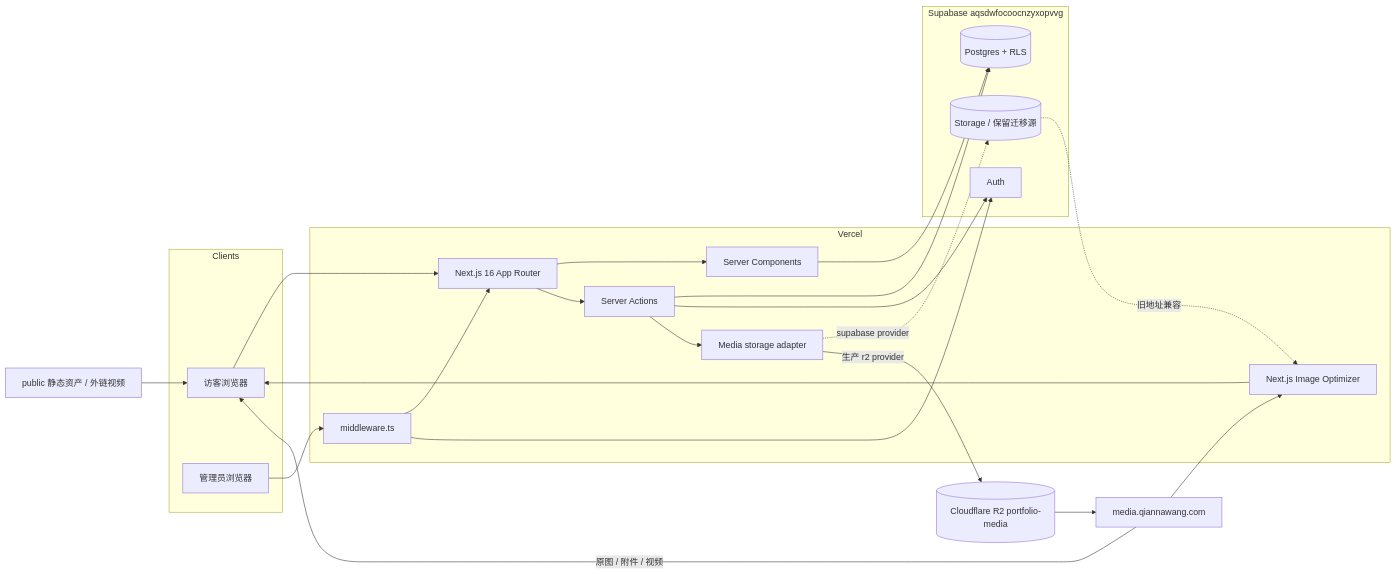
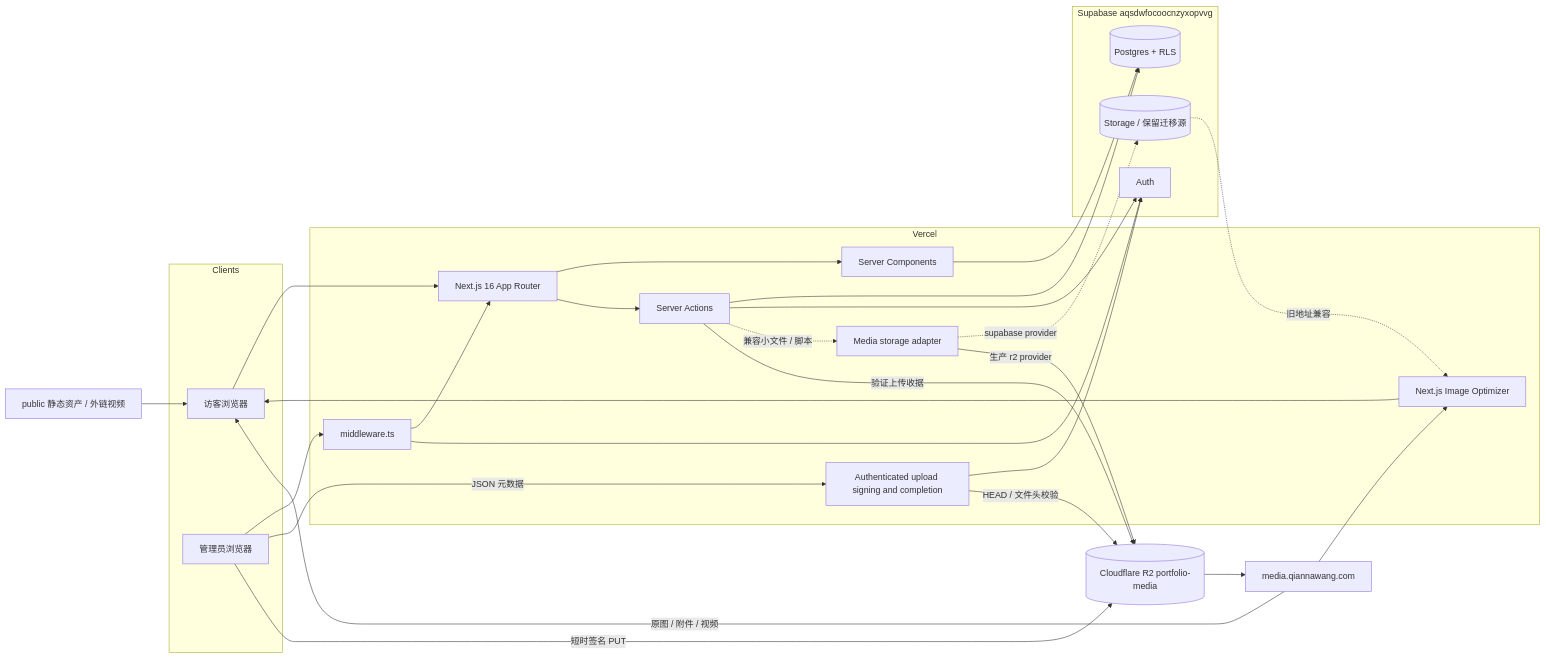
One commit to 24205345/qianna-website changed the diagram in docs/architecture.md. Above: the diagram before and after it, drawn with Mermaid. The commit also changed other lines of this file and 80 other files, not shown here.

````diff
--- a/docs/architecture.md
+++ b/docs/architecture.md
@@ -14,43 +14,49 @@
 ```mermaid
 flowchart LR
   subgraph clients [Clients]
     Visitor[访客浏览器]
     Admin[管理员浏览器]
   end
 
   subgraph vercel [Vercel]
     Next[Next.js 16 App Router]
     MW[middleware.ts]
     SA[Server Actions]
     RSC[Server Components]
     Adapter[Media storage adapter]
+    UploadAPI[Authenticated upload signing and completion]
     Optimizer[Next.js Image Optimizer]
   end
 
   subgraph supabase [Supabase aqsdwfocoocnzyxopvvg]
     PG[(Postgres + RLS)]
     Auth[Auth]
     Storage[(Storage / 保留迁移源)]
   end
 
   R2[(Cloudflare R2 portfolio-media)]
   Domain[media.qiannawang.com]
   Static[public 静态资产 / 外链视频]
 
   Visitor --> Next
   Admin --> MW --> Next
   Next --> RSC
   Next --> SA
   RSC --> PG
   SA --> PG
   SA --> Auth
-  SA --> Adapter
+  SA -.->|兼容小文件 / 脚本| Adapter
+  Admin -->|JSON 元数据| UploadAPI
+  UploadAPI --> Auth
+  Admin -->|短时签名 PUT| R2
+  UploadAPI -->|HEAD / 文件头校验| R2
+  SA -->|验证上传收据| R2
   Adapter -.->|supabase provider| Storage
   Adapter -->|生产 r2 provider| R2
   MW --> Auth
   R2 --> Domain
   Domain --> Optimizer --> Visitor
   Domain -->|原图 / 附件 / 视频| Visitor
   Static --> Visitor
   Storage -.->|旧地址兼容| Optimizer
 ```
````
